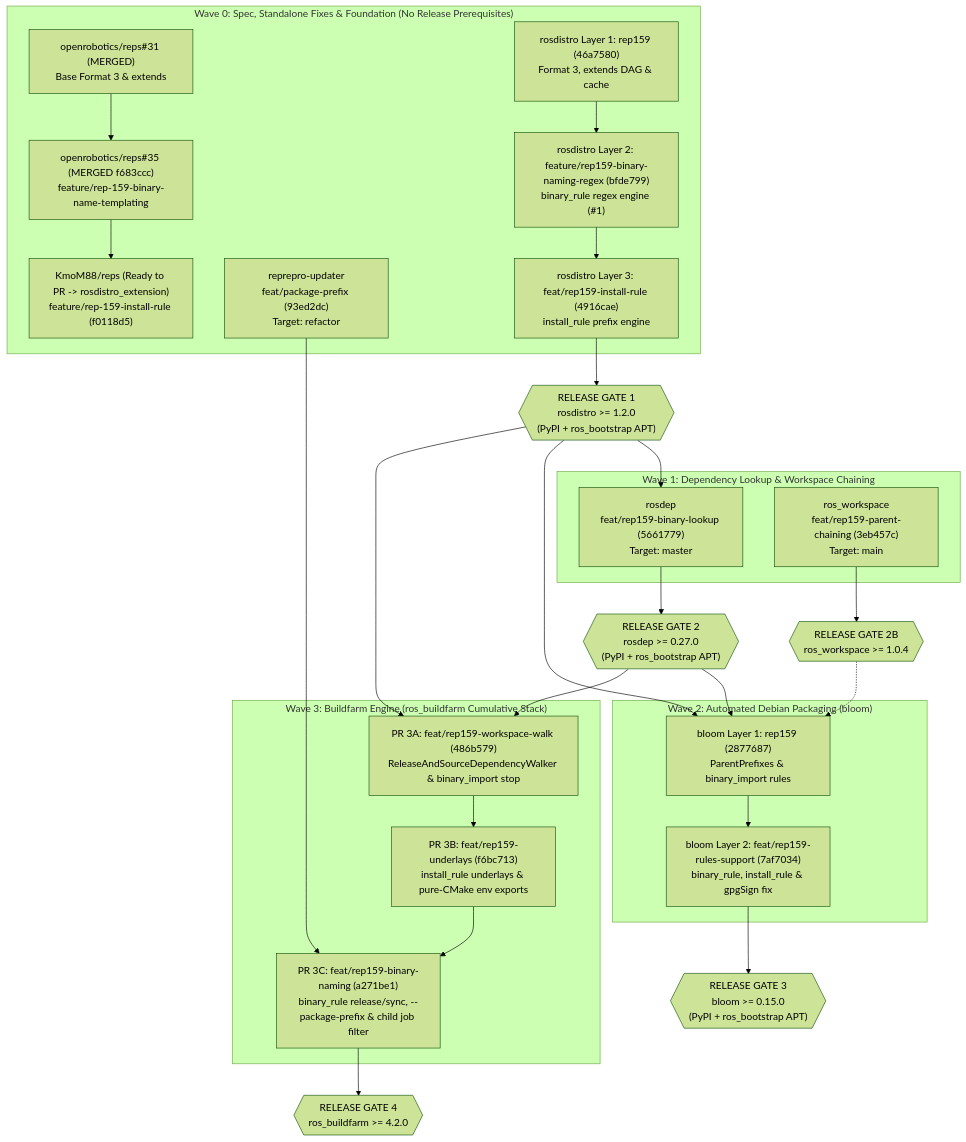
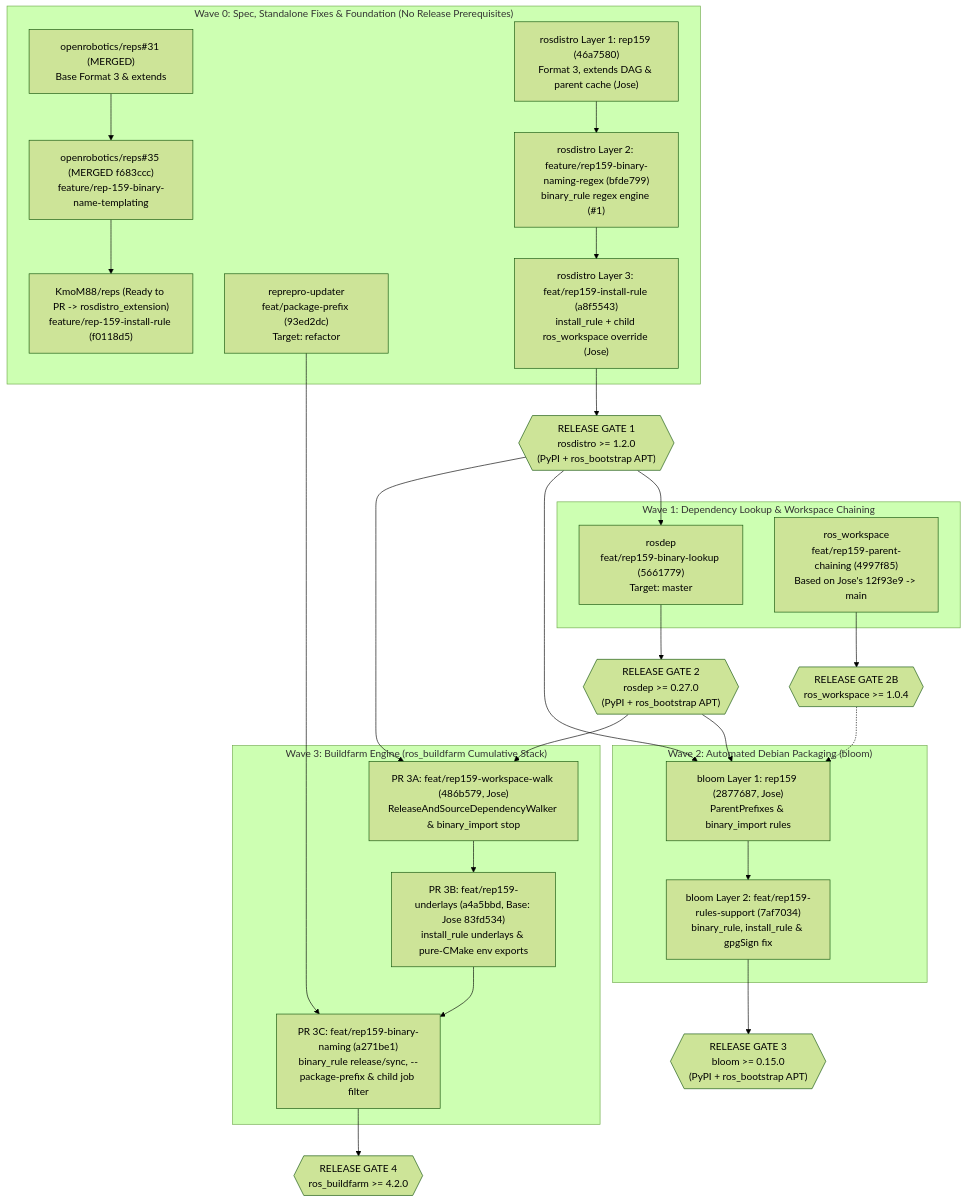
Before and after one commit to KmoM88/rep159-testing: the diagram in ROLLOUT_PLAN.md, drawn with Mermaid (forest theme). The commit also changed other lines of this file, not shown here.

Commit message:
docs(rollout): document and align clean branches with Jose Luis Rivero's rep159 work

````diff
--- a/ROLLOUT_PLAN.md
+++ b/ROLLOUT_PLAN.md
@@ -13,41 +14,41 @@
 ```mermaid
 flowchart TD
     subgraph Wave0 ["Wave 0: Spec, Standalone Fixes & Foundation (No Release Prerequisites)"]
         REPS1["openrobotics/reps#31 (MERGED)<br/>Base Format 3 & extends"] --> REPS2["openrobotics/reps#35 (MERGED f683ccc)<br/>feature/rep-159-binary-name-templating"]
         REPS2 --> REPS3["KmoM88/reps (Ready to PR -> rosdistro_extension)<br/>feature/rep-159-install-rule (f0118d5)"]
 
         REPREPRO["reprepro-updater<br/>feat/package-prefix (93ed2dc)<br/>Target: refactor"]
 
-        RD1["rosdistro Layer 1: rep159 (46a7580)<br/>Format 3, extends DAG & cache"] --> RD2["rosdistro Layer 2: feature/rep159-binary-naming-regex (bfde799)<br/>binary_rule regex engine (#1)"]
-        RD2 --> RD3["rosdistro Layer 3: feat/rep159-install-rule (4916cae)<br/>install_rule prefix engine"]
+        RD1["rosdistro Layer 1: rep159 (46a7580)<br/>Format 3, extends DAG & parent cache (Jose)"] --> RD2["rosdistro Layer 2: feature/rep159-binary-naming-regex (bfde799)<br/>binary_rule regex engine (#1)"]
+        RD2 --> RD3["rosdistro Layer 3: feat/rep159-install-rule (a8f5543)<br/>install_rule + child ros_workspace override (Jose)"]
     end
 
     RD3 --> GATE1{{"RELEASE GATE 1<br/>rosdistro >= 1.2.0<br/>(PyPI + ros_bootstrap APT)"}}
 
     subgraph Wave1 ["Wave 1: Dependency Lookup & Workspace Chaining"]
         ROSDEP["rosdep<br/>feat/rep159-binary-lookup (5661779)<br/>Target: master"]
-        WS["ros_workspace<br/>feat/rep159-parent-chaining (3eb457c)<br/>Target: main"]
+        WS["ros_workspace<br/>feat/rep159-parent-chaining (4997f85)<br/>Based on Jose's 12f93e9 -> main"]
     end
 
     GATE1 --> ROSDEP --> GATE2{{"RELEASE GATE 2<br/>rosdep >= 0.27.0<br/>(PyPI + ros_bootstrap APT)"}}
     WS --> GATE2B{{"RELEASE GATE 2B<br/>ros_workspace >= 1.0.4"}}
 
     subgraph Wave2 ["Wave 2: Automated Debian Packaging (bloom)"]
-        BL1["bloom Layer 1: rep159 (2877687)<br/>ParentPrefixes & binary_import rules"] --> BL2["bloom Layer 2: feat/rep159-rules-support (7af7034)<br/>binary_rule, install_rule & gpgSign fix"]
+        BL1["bloom Layer 1: rep159 (2877687, Jose)<br/>ParentPrefixes & binary_import rules"] --> BL2["bloom Layer 2: feat/rep159-rules-support (7af7034)<br/>binary_rule, install_rule & gpgSign fix"]
     end
 
     GATE1 --> BL1
     GATE2 --> BL1
     GATE2B -.-> BL1
     BL2 --> GATE3{{"RELEASE GATE 3<br/>bloom >= 0.15.0<br/>(PyPI + ros_bootstrap APT)"}}
 
     subgraph Wave3 ["Wave 3: Buildfarm Engine (ros_buildfarm Cumulative Stack)"]
-        BF1["PR 3A: feat/rep159-workspace-walk (486b579)<br/>ReleaseAndSourceDependencyWalker & binary_import stop"] --> BF2["PR 3B: feat/rep159-underlays (f6bc713)<br/>install_rule underlays & pure-CMake env exports"]
+        BF1["PR 3A: feat/rep159-workspace-walk (486b579, Jose)<br/>ReleaseAndSourceDependencyWalker & binary_import stop"] --> BF2["PR 3B: feat/rep159-underlays (a4a5bbd, Base: Jose 83fd534)<br/>install_rule underlays & pure-CMake env exports"]
         BF2 --> BF3["PR 3C: feat/rep159-binary-naming (a271be1)<br/>binary_rule release/sync, --package-prefix & child job filter"]
     end
 
     GATE1 --> BF1
     GATE2 --> BF1
     REPREPRO --> BF3
     BF3 --> GATE4{{"RELEASE GATE 4<br/>ros_buildfarm >= 4.2.0"}}
 ```
````
